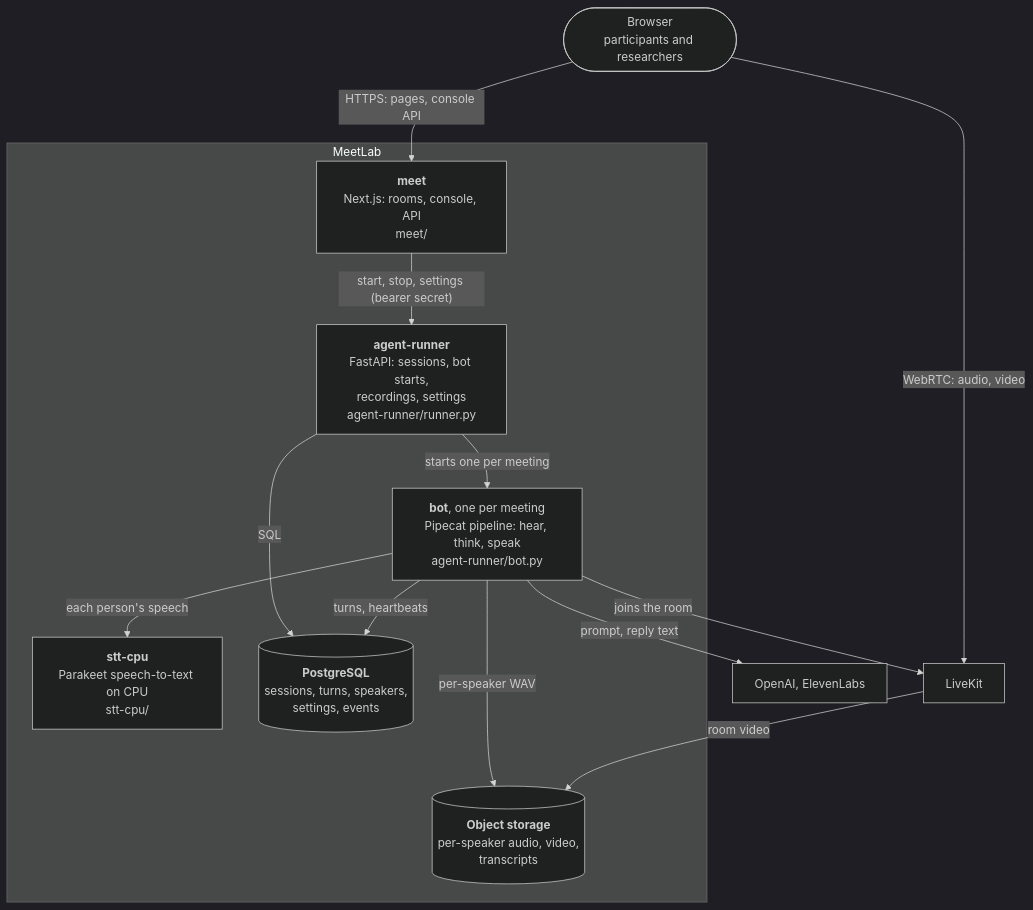
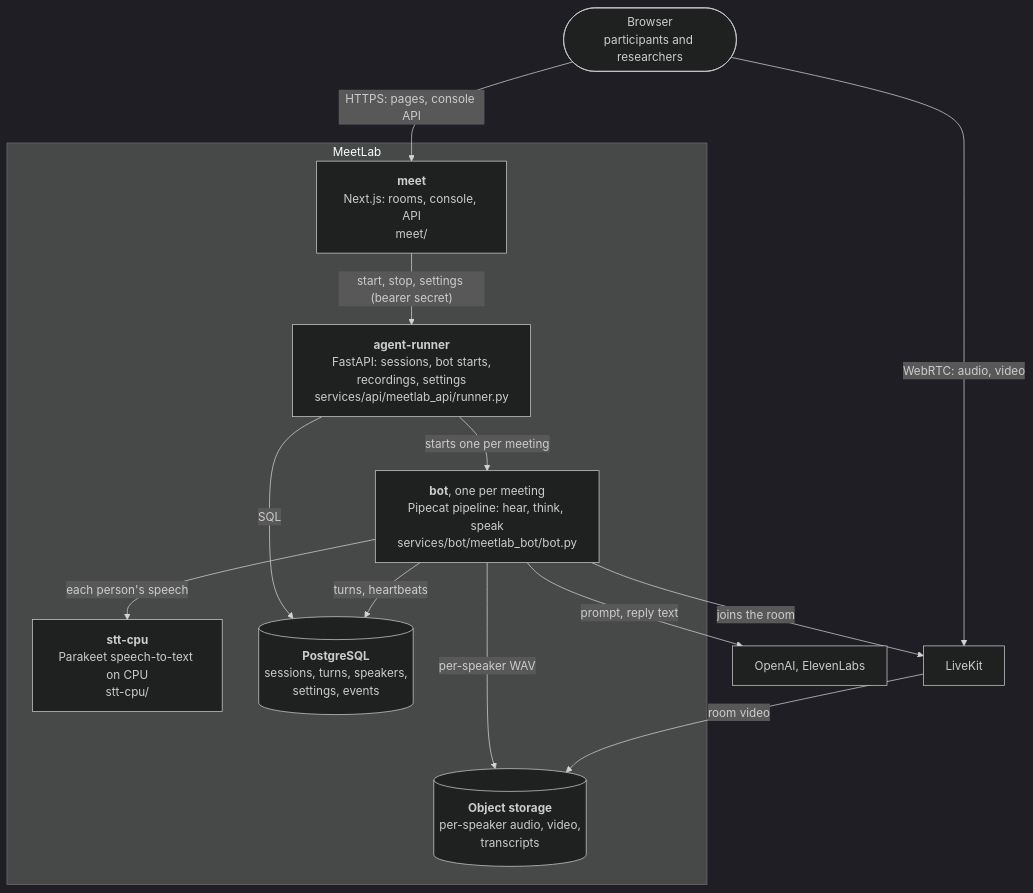
Before and after one commit to wwbp/MeetLab: the second of 3 diagrams in README.md, drawn with Mermaid (dark theme). The commit also changed other lines of this file and 307 other files, not shown here.

First line of the commit message:
refactor: agent-runner -> services/api, services/bot, packages/core, tools/loadtest

````diff
--- a/README.md
+++ b/README.md
@@ -68,25 +68,25 @@
 ```mermaid
 flowchart TB
   browser(["Browser<br/>participants and researchers"])
   subgraph system["MeetLab"]
     meet["<b>meet</b><br/>Next.js: rooms, console, API<br/>meet/"]
-    runner["<b>agent-runner</b><br/>FastAPI: sessions, bot starts,<br/>recordings, settings<br/>agent-runner/runner.py"]
-    bots["<b>bot</b>, one per meeting<br/>Pipecat pipeline: hear, think, speak<br/>agent-runner/bot.py"]
+    runner["<b>agent-runner</b><br/>FastAPI: sessions, bot starts,<br/>recordings, settings<br/>services/api/meetlab_api/runner.py"]
+    bots["<b>bot</b>, one per meeting<br/>Pipecat pipeline: hear, think, speak<br/>services/bot/meetlab_bot/bot.py"]
     stt["<b>stt-cpu</b><br/>Parakeet speech-to-text on CPU<br/>stt-cpu/"]
     db[("<b>PostgreSQL</b><br/>sessions, turns, speakers,<br/>settings, events")]
     store[("<b>Object storage</b><br/>per-speaker audio, video,<br/>transcripts")]
   end
   livekit["LiveKit"]
   vendors["OpenAI, ElevenLabs"]
   browser -- "HTTPS: pages, console API" --> meet
   browser -- "WebRTC: audio, video" --> livekit
   meet -- "start, stop, settings (bearer secret)" --> runner
   runner -- "starts one per meeting" --> bots
   runner -- "SQL" --> db
   bots -- "joins the room" --> livekit
   bots -- "each person's speech" --> stt
   bots -- "turns, heartbeats" --> db
   bots -- "per-speaker WAV" --> store
   bots -- "prompt, reply text" --> vendors
   livekit -- "room video" --> store
 ```
````
